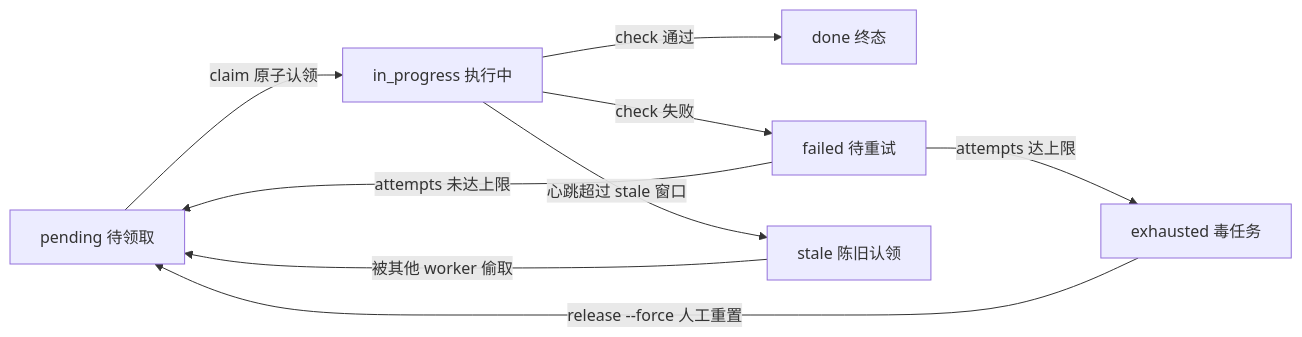
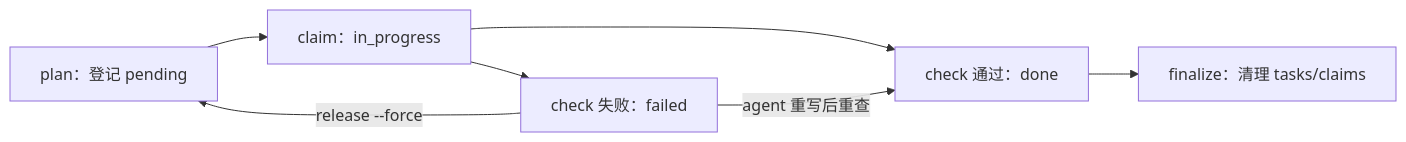
The second of 2 diagrams in .repowiki/zh/content/项目概述/端到端构建流程.md (luomsis/repowiki), drawn with Mermaid before and after one commit. The commit also changed other lines of this file and 100 other files, not shown here.

````diff
--- a/.repowiki/zh/content/项目概述/端到端构建流程.md
+++ b/.repowiki/zh/content/项目概述/端到端构建流程.md
@@ -175,11 +109,9 @@
 ```mermaid
 graph LR
-P["pending 待领取"] -->|"claim 原子认领"| I["in_progress 执行中"]
-I -->|"check 通过"| D["done 终态"]
-I -->|"check 失败"| F["failed 待重试"]
-F -->|"attempts 未达上限"| P
-F -->|"attempts 达上限"| E["exhausted 毒任务"]
-E -->|"release --force 人工重置"| P
-I -->|"心跳超过 stale 窗口"| S["stale 陈旧认领"]
-S -->|"被其他 worker 偷取"| P
+A["plan：登记 pending"] --> B["claim：in_progress"]
+B --> C["check 通过：done"]
+B --> D["check 失败：failed"]
+D -->|"agent 重写后重查"| C
+D -->|"release --force"| A
+C --> E["finalize：清理 tasks/claims"]
 ```
````
